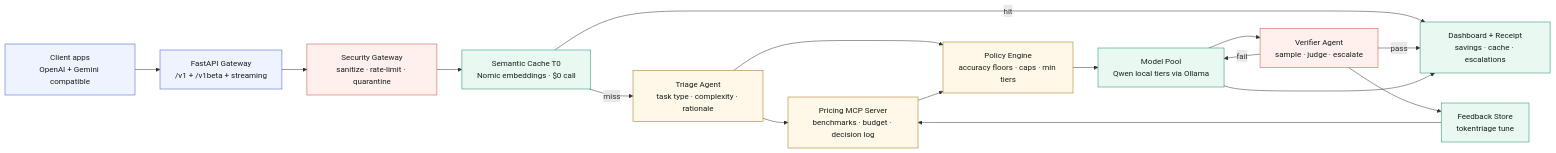
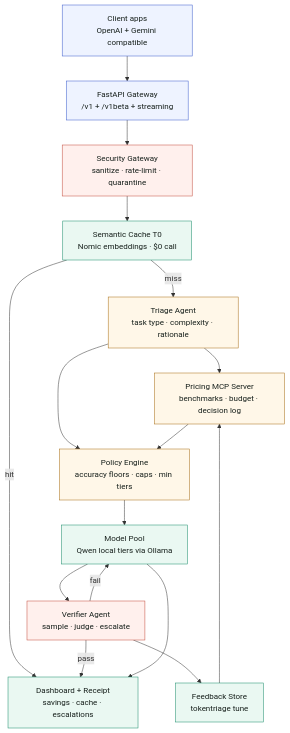
The diagram in README.md (kirankigi5/tokentriage), drawn with Mermaid before and after one commit.

Commit message:
fix: Update flowchart direction in README for clarity

````diff
--- a/README.md
+++ b/README.md
@@ -100,37 +100,37 @@
 ```mermaid
-flowchart LR
+flowchart TD
     Client["Client apps<br/>OpenAI + Gemini compatible"]
     Gateway["FastAPI Gateway<br/>/v1 + /v1beta + streaming"]
     Security["Security Gateway<br/>sanitize · rate-limit · quarantine"]
     Cache["Semantic Cache T0<br/>Nomic embeddings · $0 call"]
     Triage["Triage Agent<br/>task type · complexity · rationale"]
     MCP["Pricing MCP Server<br/>benchmarks · budget · decision log"]
     Policy["Policy Engine<br/>accuracy floors · caps · min tiers"]
     Models["Model Pool<br/>Qwen local tiers via Ollama"]
     Verify["Verifier Agent<br/>sample · judge · escalate"]
     Tune["Feedback Store<br/>tokentriage tune"]
     Dash["Dashboard + Receipt<br/>savings · cache · escalations"]
 
     Client --> Gateway --> Security --> Cache
     Cache -- hit --> Dash
     Cache -- miss --> Triage
     Triage --> MCP
     Triage --> Policy
     MCP --> Policy
     Policy --> Models
     Models --> Verify
     Verify -- pass --> Dash
     Verify -- fail --> Models
     Verify --> Tune --> MCP
     Models --> Dash
 
     classDef ingress fill:#eef3ff,stroke:#385acb,color:#17201c
     classDef control fill:#fff7e8,stroke:#a66b11,color:#17201c
     classDef save fill:#eaf8f2,stroke:#168a68,color:#17201c
     classDef risk fill:#fff0ed,stroke:#c24a3a,color:#17201c
 
     class Client,Gateway ingress
     class Security,Verify risk
     class Cache,Models,Dash,Tune save
     class Triage,MCP,Policy control
 ```
````
